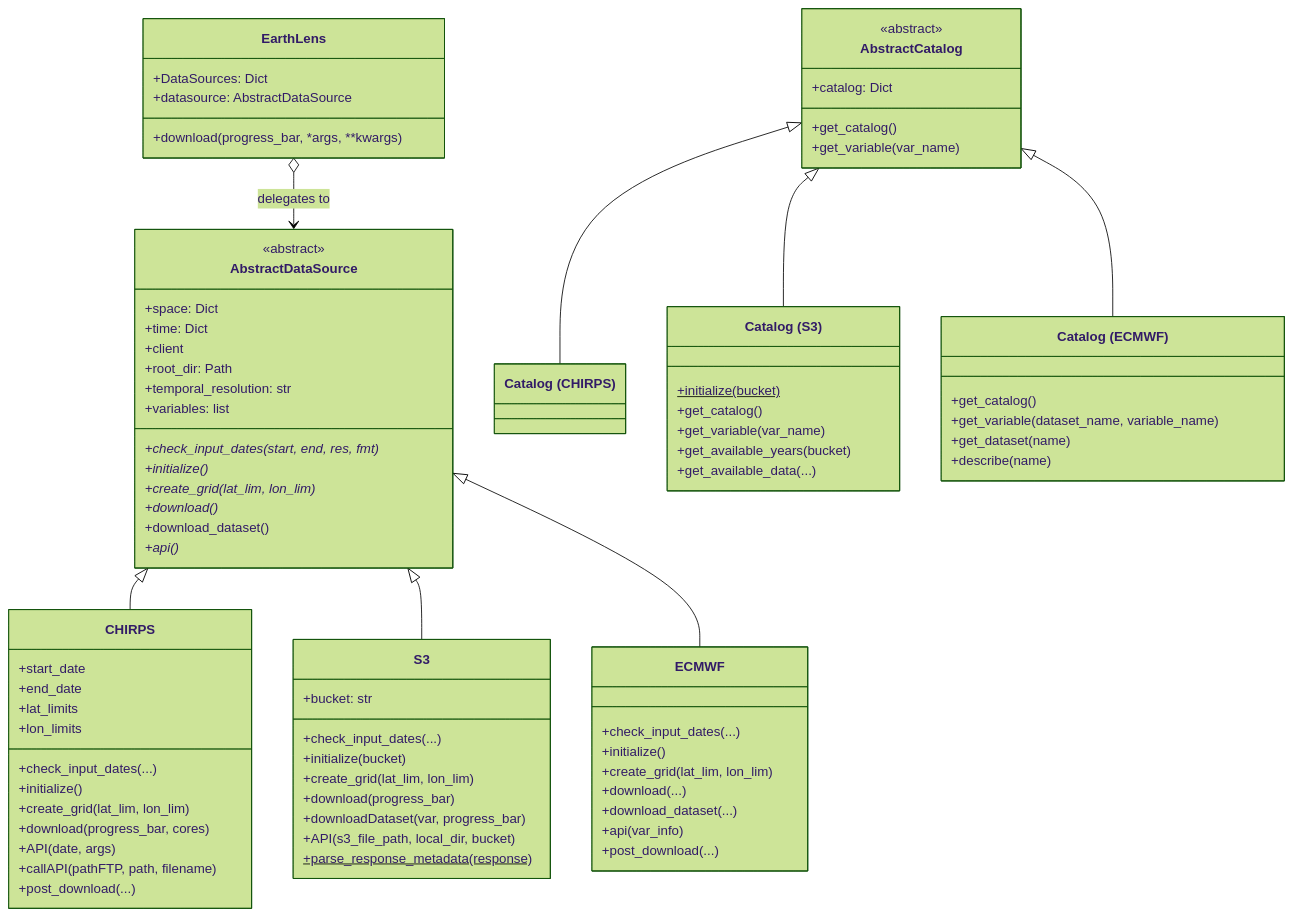
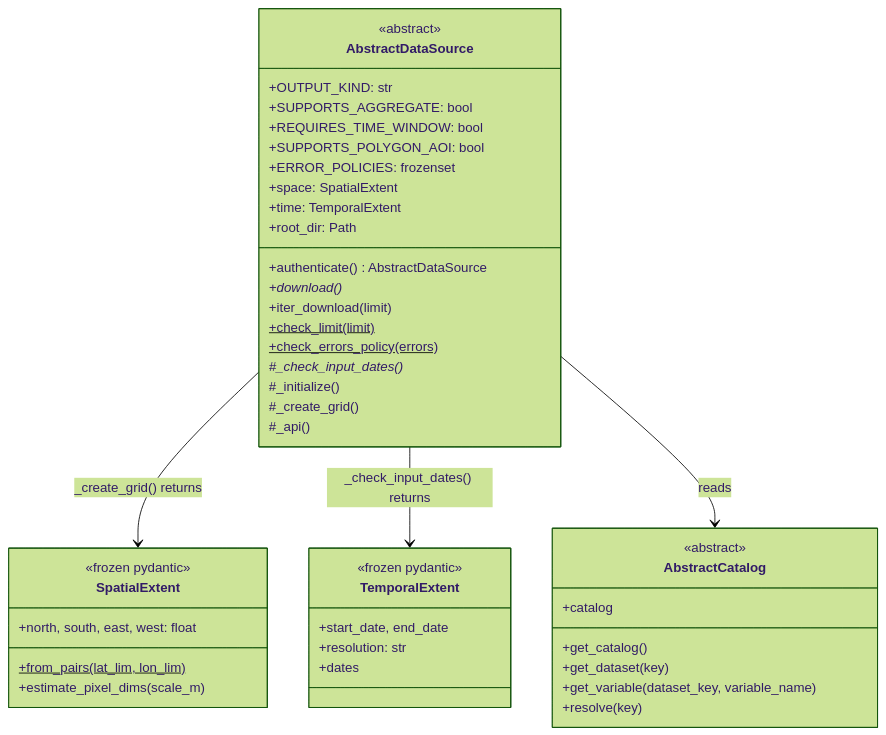
The third of 5 diagrams in docs/overview/architecture.md (serapeum-org/earthlens), drawn with Mermaid (forest theme) before and after one commit. The commit also changed other lines of this file and 196 other files, not shown here.

````diff
--- a/docs/overview/architecture.md
+++ b/docs/overview/architecture.md
@@ -29,87 +74,49 @@
 classDiagram
     class AbstractDataSource {
         <<abstract>>
-        +space: Dict
-        +time: Dict
-        +client
+        +OUTPUT_KIND: str
+        +SUPPORTS_AGGREGATE: bool
+        +REQUIRES_TIME_WINDOW: bool
+        +SUPPORTS_POLYGON_AOI: bool
+        +ERROR_POLICIES: frozenset
+        +space: SpatialExtent
+        +time: TemporalExtent
         +root_dir: Path
-        +temporal_resolution: str
-        +variables: list
-        +check_input_dates(start, end, res, fmt)*
-        +initialize()*
-        +create_grid(lat_lim, lon_lim)*
+        +authenticate() AbstractDataSource
         +download()*
-        +download_dataset()
-        +api()*
+        +iter_download(limit)
+        +check_limit(limit)$
+        +check_errors_policy(errors)$
+        #_check_input_dates()*
+        #_initialize()
+        #_create_grid()
+        #_api()
+    }
+
+    class SpatialExtent {
+        <<frozen pydantic>>
+        +north, south, east, west: float
+        +from_pairs(lat_lim, lon_lim)$
+        +estimate_pixel_dims(scale_m)
+    }
+
+    class TemporalExtent {
+        <<frozen pydantic>>
+        +start_date, end_date
+        +resolution: str
+        +dates
     }
 
     class AbstractCatalog {
         <<abstract>>
-        +catalog: Dict
+        +catalog
         +get_catalog()
-        +get_variable(var_name)
+        +get_dataset(key)
+        +get_variable(dataset_key, variable_name)
+        +resolve(key)
     }
 
-    class CHIRPS {
-        +start_date
-        +end_date
-        +lat_limits
-        +lon_limits
-        +check_input_dates(...)
-        +initialize()
-        +create_grid(lat_lim, lon_lim)
-        +download(progress_bar, cores)
-        +API(date, args)
-        +callAPI(pathFTP, path, filename)
-        +post_download(...)
-    }
-
-    class S3 {
-        +bucket: str
-        +check_input_dates(...)
-        +initialize(bucket)
-        +create_grid(lat_lim, lon_lim)
-        +download(progress_bar)
-        +downloadDataset(var, progress_bar)
-        +API(s3_file_path, local_dir, bucket)
-        +parse_response_metadata(response)$
-    }
-
-    class ECMWF {
-        +check_input_dates(...)
-        +initialize()
-        +create_grid(lat_lim, lon_lim)
-        +download(...)
-        +download_dataset(...)
-        +api(var_info)
-        +post_download(...)
-    }
-
-    class EarthLens {
-        +DataSources: Dict
-        +datasource: AbstractDataSource
-        +download(progress_bar, *args, **kwargs)
-    }
-
-    AbstractDataSource <|-- CHIRPS
-    AbstractDataSource <|-- S3
-    AbstractDataSource <|-- ECMWF
-    EarthLens o--> AbstractDataSource : delegates to
-    AbstractCatalog <|-- CHIRPS_Catalog
-    AbstractCatalog <|-- S3_Catalog
-    AbstractCatalog <|-- ECMWF_Catalog
-    class CHIRPS_Catalog["Catalog (CHIRPS)"]
-    class S3_Catalog["Catalog (S3)"] {
-        +initialize(bucket)$
-        +get_catalog()
-        +get_variable(var_name)
-        +get_available_years(bucket)
-        +get_available_data(...)
-    }
-    class ECMWF_Catalog["Catalog (ECMWF)"] {
-        +get_catalog()
-        +get_variable(dataset_name, variable_name)
-        +get_dataset(name)
-        +describe(name)
-    }
+    AbstractDataSource --> SpatialExtent : _create_grid() returns
+    AbstractDataSource --> TemporalExtent : _check_input_dates() returns
+    AbstractDataSource --> AbstractCatalog : reads
 ```
````
